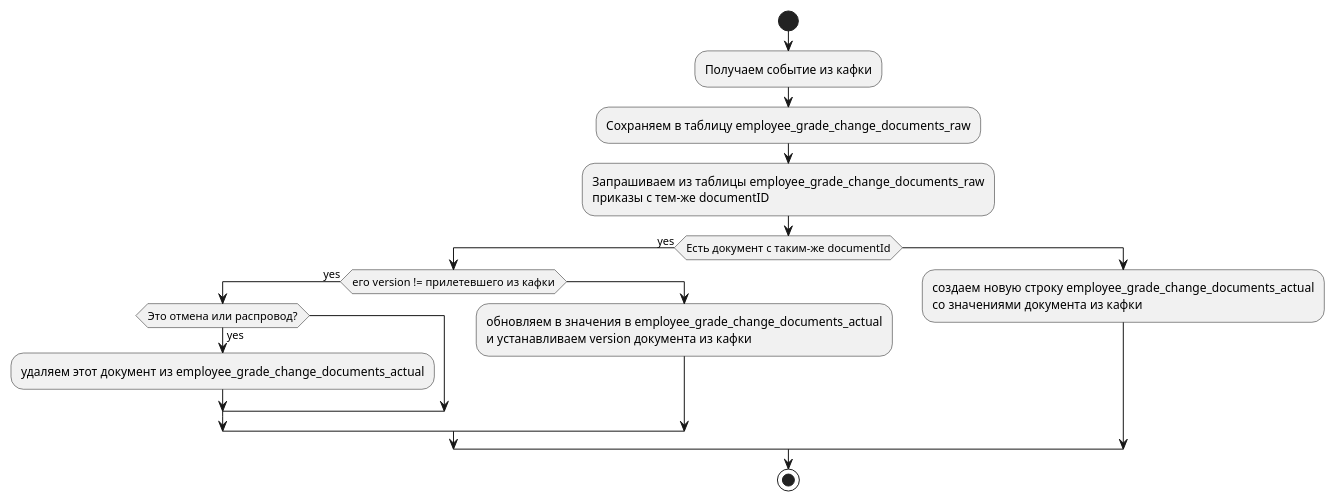
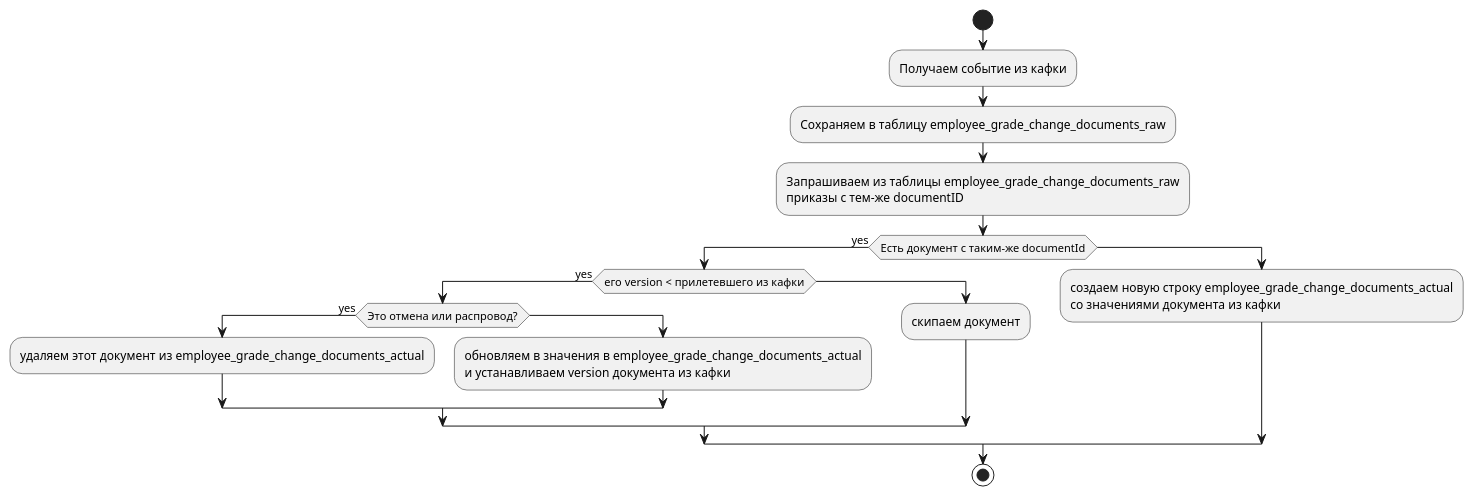
The sixth of 13 diagrams in data/diagrams/staff-core.wsd (x666ep/staff-core-architectural-analysis), drawn with PlantUML before and after one commit.

Commit message:
update diagrams

```diff
--- a/data/diagrams/staff-core.wsd
+++ b/data/diagrams/staff-core.wsd
@@ -181,24 +181,27 @@
 @startuml FillChangesFlowGradeOrdersTopic
 skinparam ConditionEndStyle hline 
 scale max 500 height
     start
         :Получаем событие из кафки;
         :Сохраняем в таблицу employee_grade_change_documents_raw;
         :Запрашиваем из таблицы employee_grade_change_documents_raw 
         приказы с тем-же documentID;
 
         if (Есть документ с таким-же documentId) then (yes)
-            if (его version != прилетевшего из кафки) then (yes) 
+            if (его version < прилетевшего из кафки) then (yes) 
+
                 if (Это отмена или распровод?) then (yes)
                     :удаляем этот документ из employee_grade_change_documents_actual;
+                    else
+                    :обновляем в значения в employee_grade_change_documents_actual
+                    и устанавливаем version документа из кафки;
                 endif
             else
-            :обновляем в значения в employee_grade_change_documents_actual
-            и устанавливаем version документа из кафки;
+            :скипаем документ;
             endif
             else
             :создаем новую строку employee_grade_change_documents_actual
             со значениями документа из кафки;
         endif
     stop
 @enduml
```
